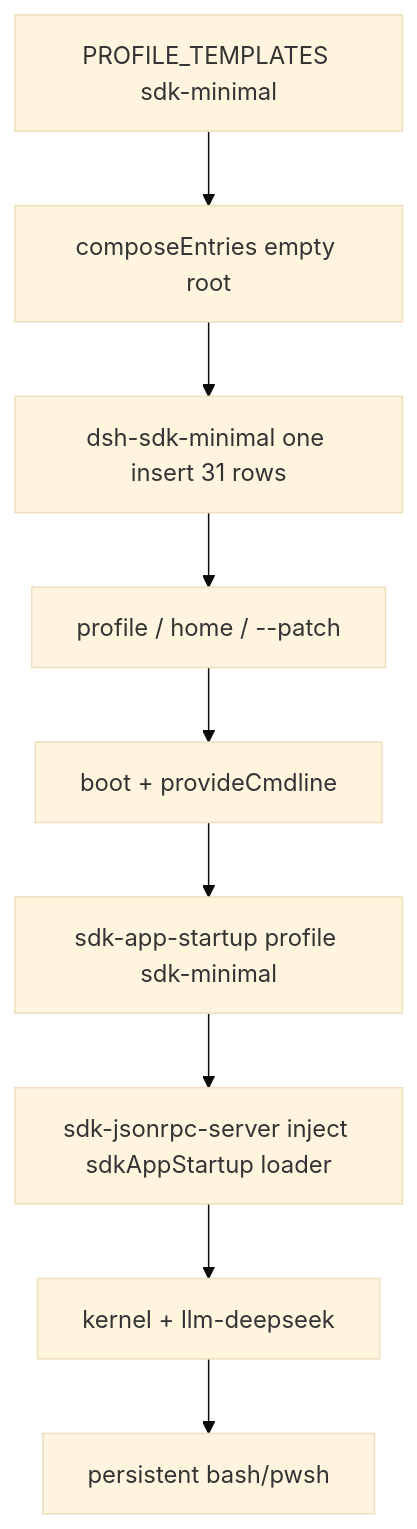
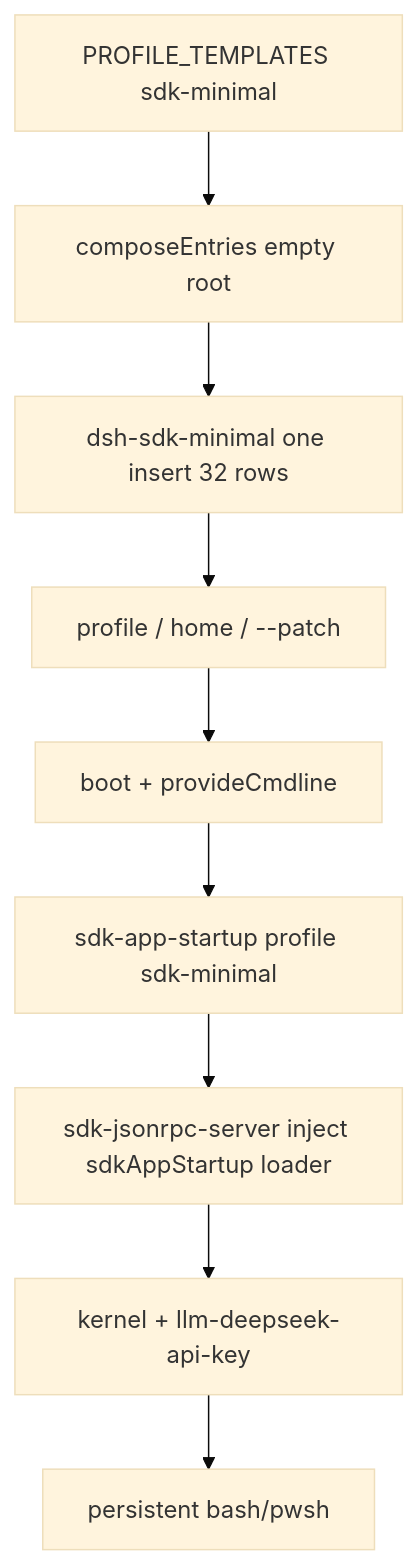
The diagram in docs/llm-wiki/deepseek-harness/subsystems/composition/bundle-sdk-minimal.md (wdnmdtonyma/SOTA-Agent-LLM-Wiki), drawn with Mermaid (base theme) before and after one commit. The commit also changed other lines of this file and 237 other files, not shown here.

````diff
--- a/docs/llm-wiki/deepseek-harness/subsystems/composition/bundle-sdk-minimal.md
+++ b/docs/llm-wiki/deepseek-harness/subsystems/composition/bundle-sdk-minimal.md
@@ -135,11 +138,11 @@
 ```mermaid
 flowchart TD
   tmpl["PROFILE_TEMPLATES sdk-minimal"] --> compose["composeEntries empty root"]
-  compose --> insert["dsh-sdk-minimal one insert 31 rows"]
+  compose --> insert["dsh-sdk-minimal one insert 32 rows"]
   insert --> user["profile / home / --patch"]
   user --> boot["boot + provideCmdline"]
   boot --> startup["sdk-app-startup profile sdk-minimal"]
   startup --> rpc["sdk-jsonrpc-server inject sdkAppStartup loader"]
-  rpc --> spine["kernel + llm-deepseek"]
+  rpc --> spine["kernel + llm-deepseek-api-key"]
   spine --> tools["persistent bash/pwsh"]
 ```
````
